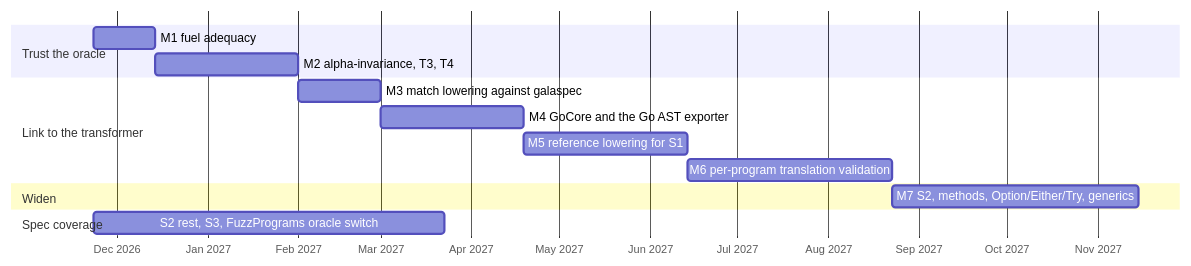
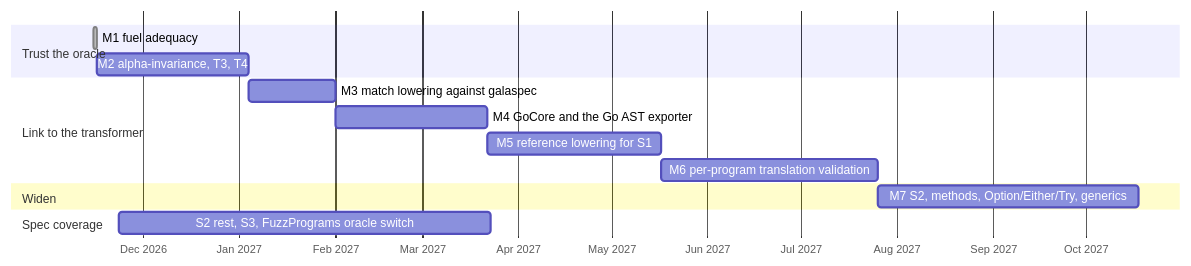
One commit to martianoff/gala changed the sixth of 6 diagrams in docs/FORMAL_SEMANTICS.MD. Above: the diagram before and after it, drawn with Mermaid. The commit also changed other lines of this file and 2 other files, not shown here.

````diff
--- a/docs/FORMAL_SEMANTICS.MD
+++ b/docs/FORMAL_SEMANTICS.MD
@@ -629,17 +629,17 @@
 ```mermaid
 gantt
     dateFormat  YYYY-MM-DD
     axisFormat  %b %Y
     section Trust the oracle
-    M1 fuel adequacy                         :m1, 2026-11-23, 21d
+    M1 fuel adequacy                         :done, m1, 2026-11-15, 1d
     M2 alpha-invariance, T3, T4              :m2, after m1, 49d
     section Link to the transformer
     M3 match lowering against galaspec       :m3, after m2, 28d
     M4 GoCore and the Go AST exporter        :m4, after m3, 49d
     M5 reference lowering for S1             :m5, after m4, 56d
     M6 per-program translation validation    :m6, after m5, 70d
     section Widen
     M7 S2, methods, Option/Either/Try, generics :m7, after m6, 84d
     section Spec coverage
     S2 rest, S3, FuzzPrograms oracle switch  :c1, 2026-11-23, 120d
 ```
````
